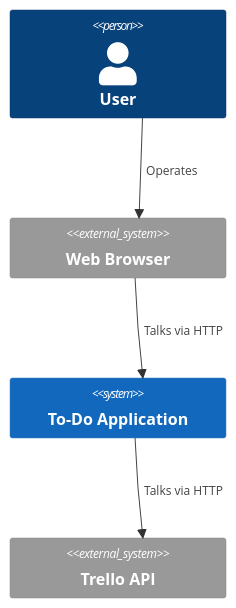
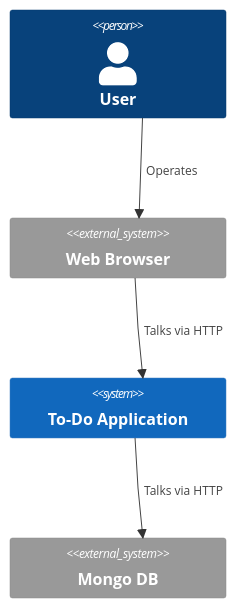
One commit to Nancy-Singleton/DevOps-Course-Starter changed the diagram in docs/architecture/C4Context.md. Above: the diagram before and after it, drawn with Mermaid. The commit also changed 15 other files, not shown here.

````diff
--- a/docs/architecture/C4Context.md
+++ b/docs/architecture/C4Context.md
@@ -1,16 +1,16 @@
 ```mermaid
 C4Context
     Person(user, "User")
     System_Ext(browser, "Web Browser")
     System(todoApp, "To-Do Application")
-    System_Ext(trelloApi, "Trello API")
+    System_Ext(mongoDb, "Mongo DB")
 
     Rel(user, browser, "Operates")
     Rel(browser, todoApp, "Talks via HTTP")
-    Rel(todoApp, trelloApi, "Talks via HTTP")
+    Rel(todoApp, mongoDb, "Talks via HTTP")
 
     UpdateLayoutConfig($c4ShapeInRow="1")
     UpdateRelStyle(user, browser, $offsetX="5", $offsetY="0")
     UpdateRelStyle(browser, todoApp, $offsetX="5", $offsetY="0")
-    UpdateRelStyle(todoApp, trelloApi, $offsetX="5", $offsetY="0")
+    UpdateRelStyle(todoApp, mongoDb, $offsetX="5", $offsetY="0")
 ```
````
